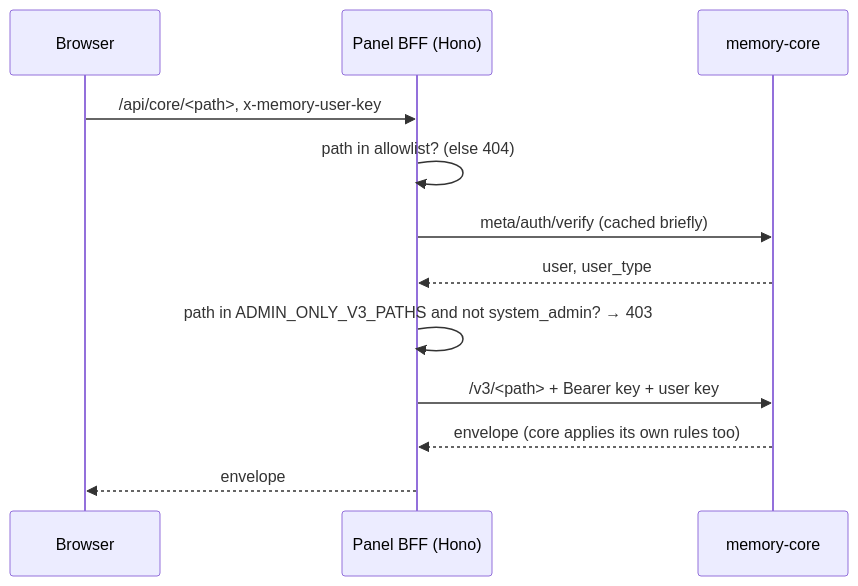
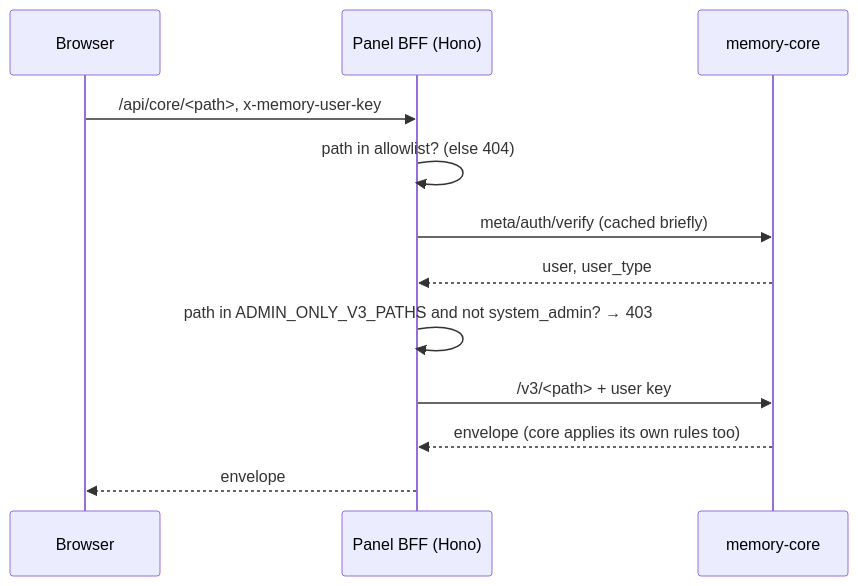
The tenth of 12 diagrams in docs/ARCHITECTURE.md (hsuanshao/AgentMemory), drawn with Mermaid before and after one commit. The commit also changed other lines of this file and 28 other files, not shown here.

First line of the commit message:
fix(auth): department routes take the department's user keys; the server key is the operator's (#68)

````diff
--- a/docs/ARCHITECTURE.md
+++ b/docs/ARCHITECTURE.md
@@ -285,14 +290,14 @@
 ```mermaid
 sequenceDiagram
   participant B as Browser
   participant F as Panel BFF (Hono)
   participant C as memory-core
   B->>F: /api/core/<path>, x-memory-user-key
   F->>F: path in allowlist? (else 404)
   F->>C: meta/auth/verify (cached briefly)
   C-->>F: user, user_type
   F->>F: path in ADMIN_ONLY_V3_PATHS and not system_admin? → 403
-  F->>C: /v3/<path> + Bearer key + user key
+  F->>C: /v3/<path> + user key
   C-->>F: envelope (core applies its own rules too)
   F-->>B: envelope
 ```
````
